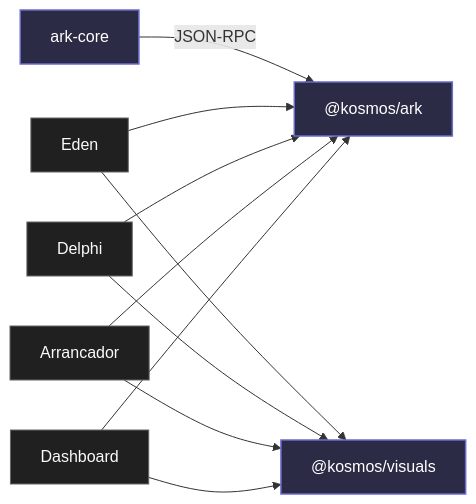
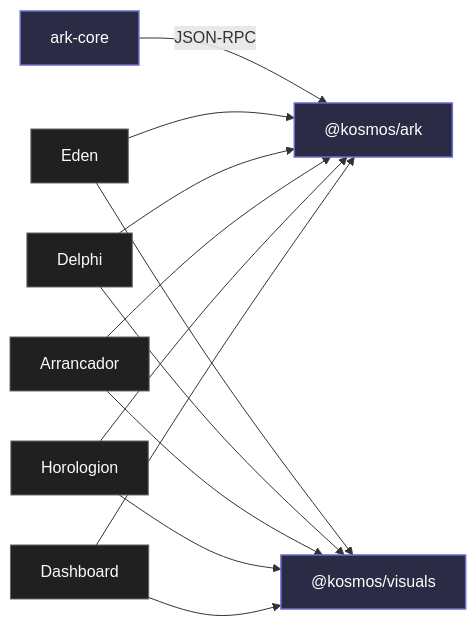
The diagram in docs-site/packages/index.md (makekosmos/cortex), drawn with Mermaid before and after one commit. The commit also changed 6 other files, not shown here.

First line of the commit message:
docs(apps): sync kepler/eden/horologion/index с актуальным состоянием

````diff
--- a/docs-site/packages/index.md
+++ b/docs-site/packages/index.md
@@ -21,29 +21,32 @@
 ```mermaid
 flowchart LR
   arkcore["ark-core"]
   kosmosark["@kosmos/ark"]
   visuals["@kosmos/visuals"]
 
   eden["Eden"]
   delphi["Delphi"]
   arrancador["Arrancador"]
+  horologion["Horologion"]
   dashboard["Dashboard"]
 
   arkcore -- "JSON-RPC" --> kosmosark
 
   eden --> kosmosark
   delphi --> kosmosark
   arrancador --> kosmosark
+  horologion --> kosmosark
   dashboard --> kosmosark
 
   eden --> visuals
   delphi --> visuals
   arrancador --> visuals
+  horologion --> visuals
   dashboard --> visuals
 
   classDef pkg fill:#2b2b46,stroke:#6b6bcd,color:#fff,stroke-width:1.5px
   classDef app fill:#202020,stroke:#666,color:#fafafa
 
   class arkcore,kosmosark,visuals pkg
-  class eden,delphi,arrancador,dashboard app
+  class eden,delphi,arrancador,horologion,dashboard app
 ```
````
